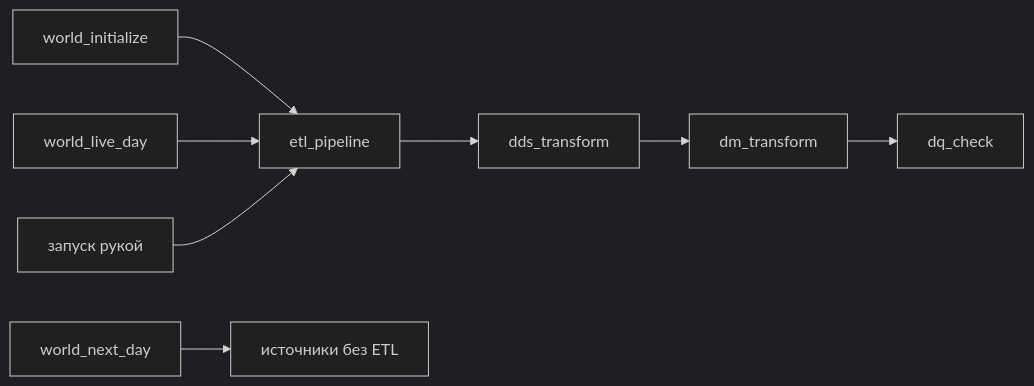
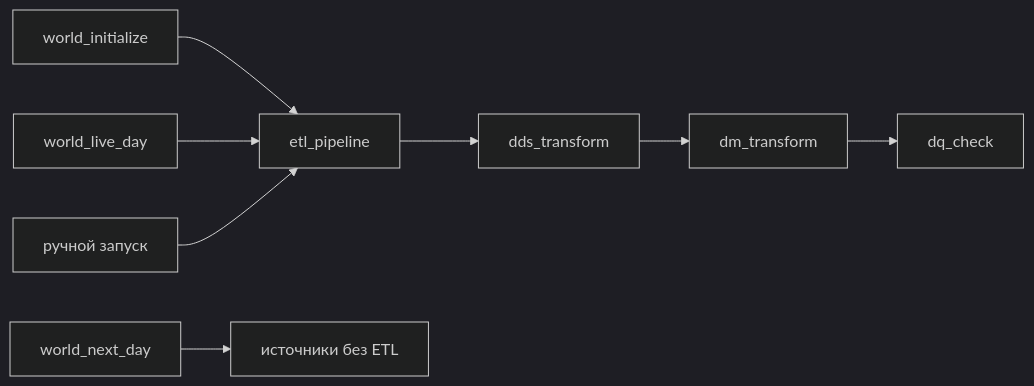
One commit to dementev-dev/clickstream-data-platform changed the diagram in docs/handbook/airflow-dags.md. Above: the diagram before and after it, drawn with Mermaid (dark theme). The commit also changed other lines of this file and 12 other files, not shown here.

````diff
--- a/docs/handbook/airflow-dags.md
+++ b/docs/handbook/airflow-dags.md
@@ -7,8 +8,8 @@
 ```mermaid
 flowchart LR
     world_initialize --> etl_pipeline
     world_live_day --> etl_pipeline
-    manual[запуск рукой] --> etl_pipeline
+    manual[ручной запуск] --> etl_pipeline
     etl_pipeline --> dds_transform --> dm_transform --> dq_check
     world_next_day --> sources[источники без ETL]
 ```
````
